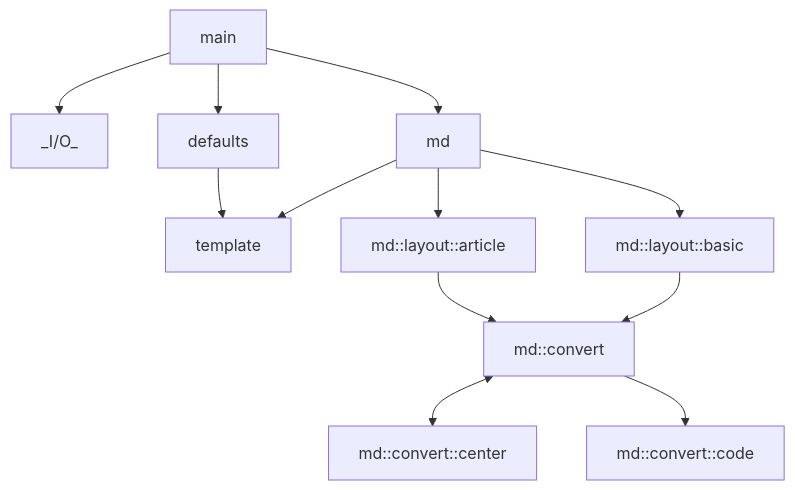
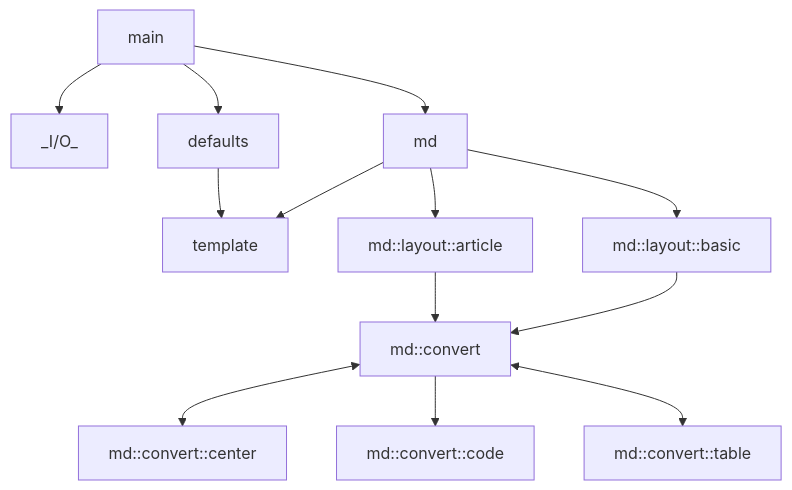
Before and after one commit to Tengu712/Tengu712.github.io: the diagram in docs/HEALTH.md, drawn with Mermaid. The commit also changed 5 other files, not shown here.

````diff
--- a/docs/HEALTH.md
+++ b/docs/HEALTH.md
@@ -5,14 +5,15 @@
 ```mermaid
 flowchart TD
     main --> _I/O_
     main --> md
     md --> template
     md --> md::layout::basic
     md --> md::layout::article
     md::layout::basic --> md::convert
     md::layout::article --> md::convert
     md::convert <--> md::convert::center
     md::convert --> md::convert::code
+    md::convert <--> md::convert::table
     main --> defaults
     defaults --> template
 ```
````
